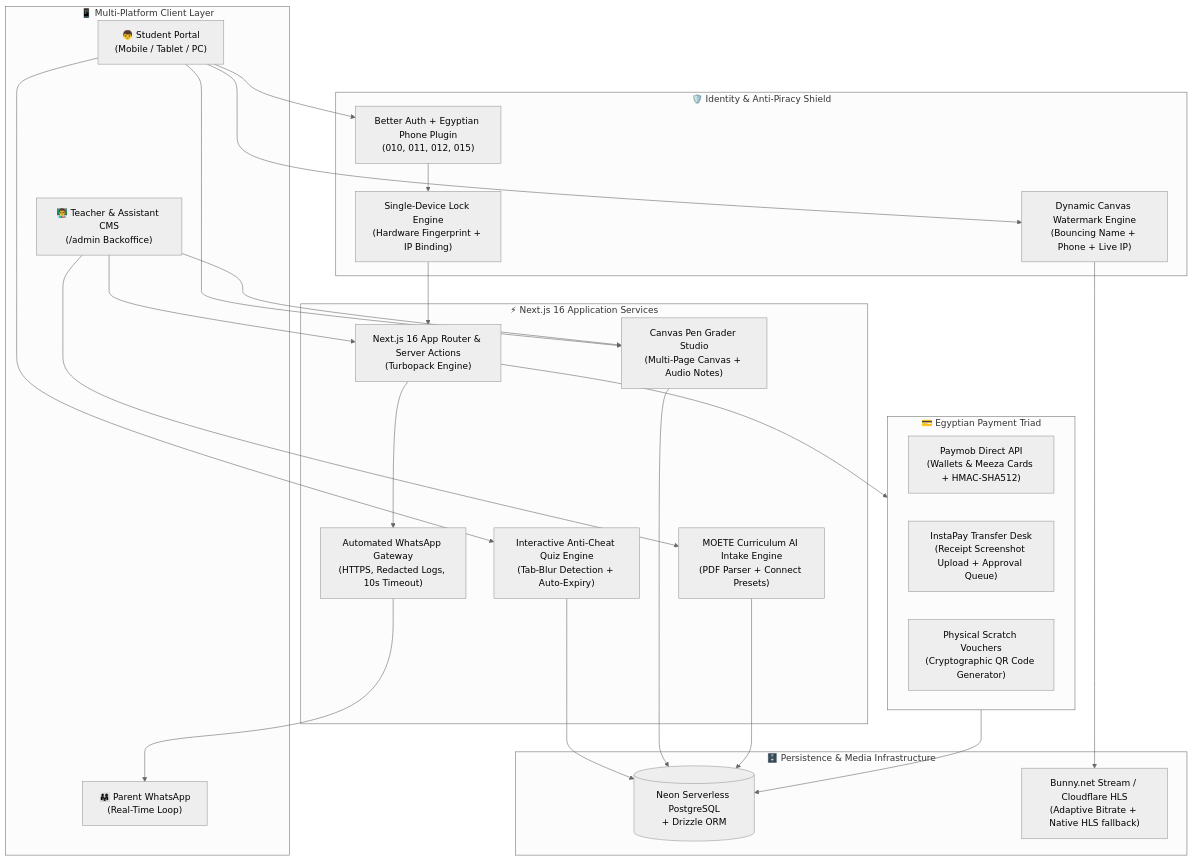
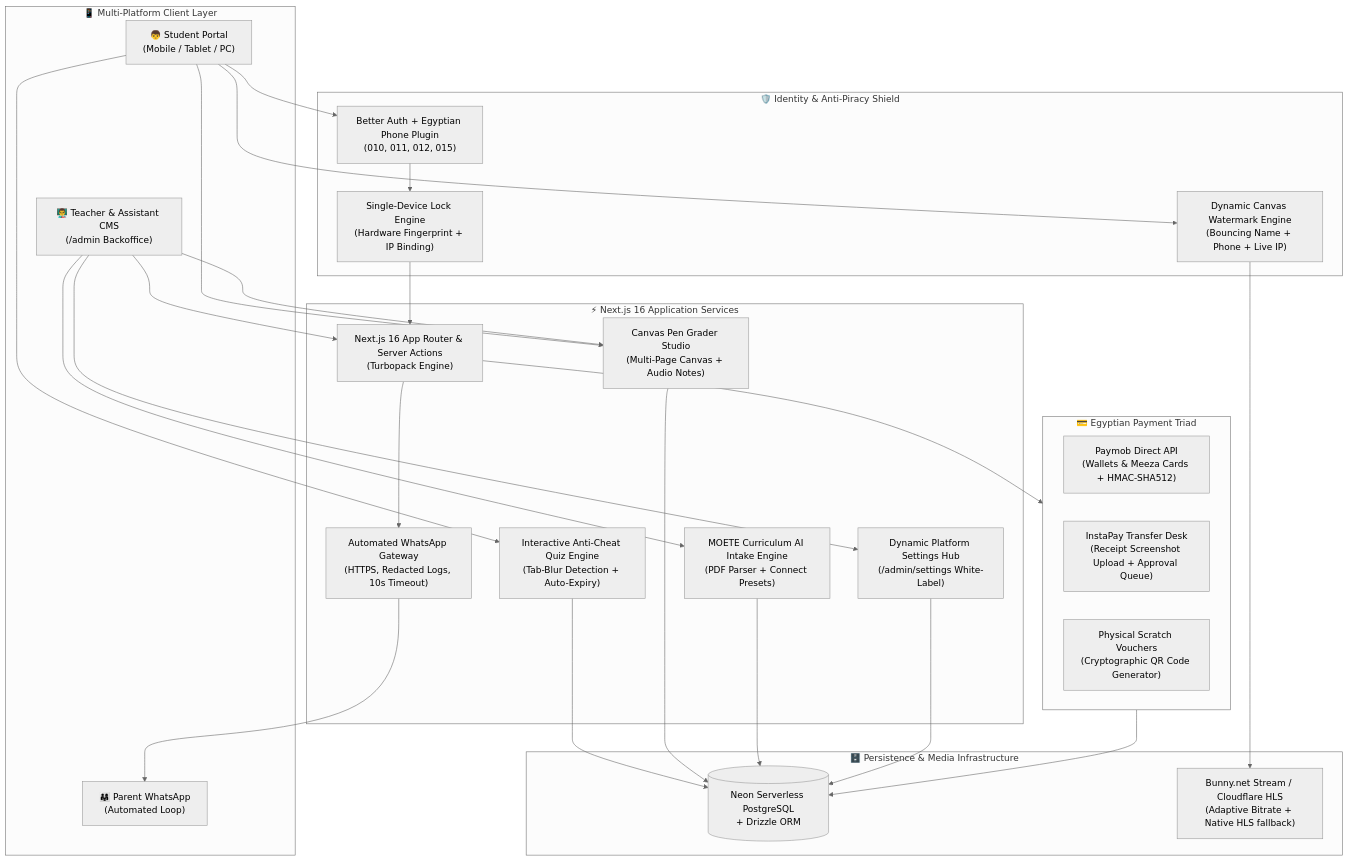
Before and after one commit to galilio2023/egyptian-lms: the first of 2 diagrams in README.md, drawn with Mermaid (neutral theme). The commit also changed other lines of this file, not shown here.

Commit message:
docs: comprehensive README overhaul with white-label configuration guide and full feature architecture

````diff
--- a/README.md
+++ b/README.md
@@ -41,43 +83,45 @@
 ```mermaid
 flowchart TB
     subgraph ClientLayer ["📱 Multi-Platform Client Layer"]
         S["👦 Student Portal\n(Mobile / Tablet / PC)"]
-        P["👨‍👩‍👧 Parent WhatsApp\n(Real-Time Loop)"]
+        P["👨‍👩‍👧 Parent WhatsApp\n(Automated Loop)"]
         T["👨‍🏫 Teacher & Assistant CMS\n(/admin Backoffice)"]
     end
 
     subgraph SecurityAuth ["🛡️ Identity & Anti-Piracy Shield"]
         BA["Better Auth + Egyptian Phone Plugin\n(010, 011, 012, 015)"]
         DEV["Single-Device Lock Engine\n(Hardware Fingerprint + IP Binding)"]
         DRM["Dynamic Canvas Watermark Engine\n(Bouncing Name + Phone + Live IP)"]
     end
 
     subgraph CoreEngine ["⚡ Next.js 16 Application Services"]
         API["Next.js 16 App Router & Server Actions\n(Turbopack Engine)"]
         QUIZ["Interactive Anti-Cheat Quiz Engine\n(Tab-Blur Detection + Auto-Expiry)"]
         PEN["Canvas Pen Grader Studio\n(Multi-Page Canvas + Audio Notes)"]
         AI["MOETE Curriculum AI Intake Engine\n(PDF Parser + Connect Presets)"]
+        SET["Dynamic Platform Settings Hub\n(/admin/settings White-Label)"]
         WA["Automated WhatsApp Gateway\n(HTTPS, Redacted Logs, 10s Timeout)"]
     end
 
     subgraph PaymentTriad ["💳 Egyptian Payment Triad"]
         PM["Paymob Direct API\n(Wallets & Meeza Cards + HMAC-SHA512)"]
         IP["InstaPay Transfer Desk\n(Receipt Screenshot Upload + Approval Queue)"]
         VC["Physical Scratch Vouchers\n(Cryptographic QR Code Generator)"]
     end
 
     subgraph StorageLayer ["🗄️ Persistence & Media Infrastructure"]
         DB[(Neon Serverless PostgreSQL\n+ Drizzle ORM)]
         CDN["Bunny.net Stream / Cloudflare HLS\n(Adaptive Bitrate + Native HLS fallback)"]
     end
 
     S --> BA --> DEV --> API
     S --> DRM --> CDN
     S --> QUIZ --> DB
     S --> PEN --> DB
     T --> AI --> DB
+    T --> SET --> DB
     API --> PaymentTriad --> DB
     API --> WA --> P
     T --> PEN
     T --> API
 ```
````
